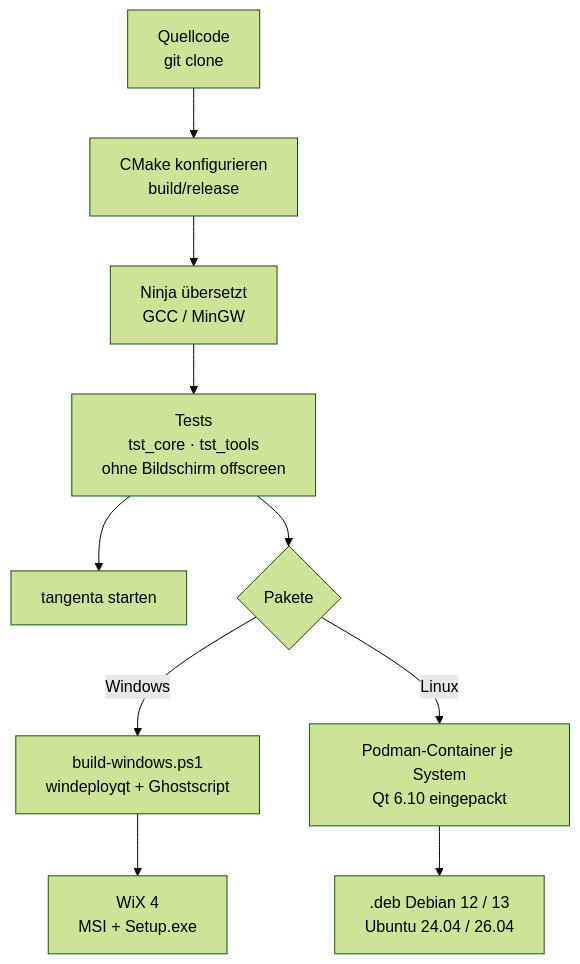
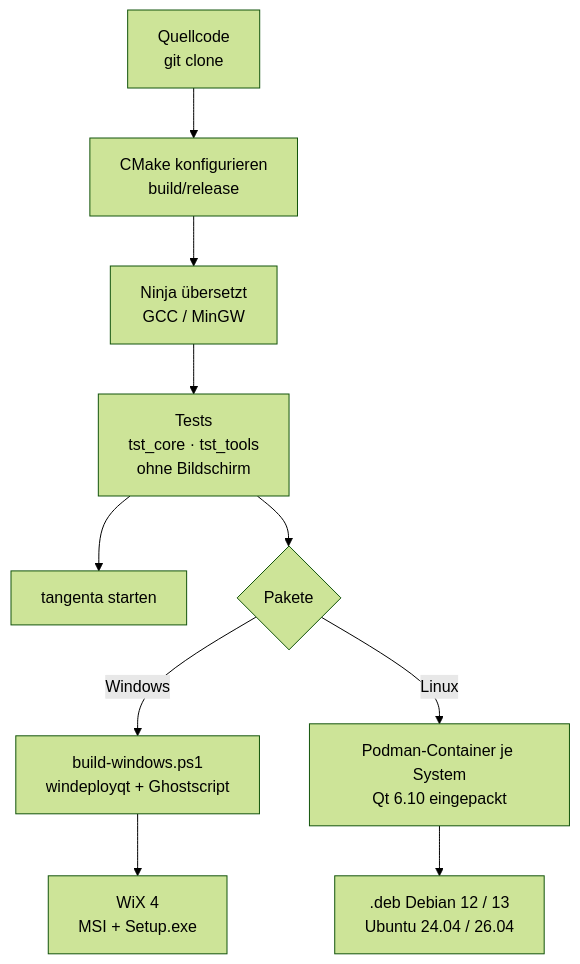
Before and after one commit to roli8200/tangenta: the second of 4 diagrams in BUILD.md, drawn with Mermaid (forest theme). The commit also changed other lines of this file and 2 other files, not shown here.

````diff
--- a/BUILD.md
+++ b/BUILD.md
@@ -55,10 +77,10 @@
 ```mermaid
 flowchart TD
     src[Quellcode<br/>git clone] --> cfg[CMake konfigurieren<br/>build/release]
     cfg --> ninja[Ninja übersetzt<br/>GCC / MinGW]
-    ninja --> tests[Tests<br/>tst_core · tst_tools<br/>ohne Bildschirm offscreen]
+    ninja --> tests[Tests<br/>tst_core · tst_tools<br/>ohne Bildschirm]
     tests --> run[tangenta starten]
     tests --> pack{Pakete}
     pack -->|Windows| dist[build-windows.ps1<br/>windeployqt + Ghostscript] --> msi[WiX 4<br/>MSI + Setup.exe]
     pack -->|Linux| podman[Podman-Container je System<br/>Qt 6.10 eingepackt] --> deb[.deb Debian 12 / 13<br/>Ubuntu 24.04 / 26.04]
 ```
````
